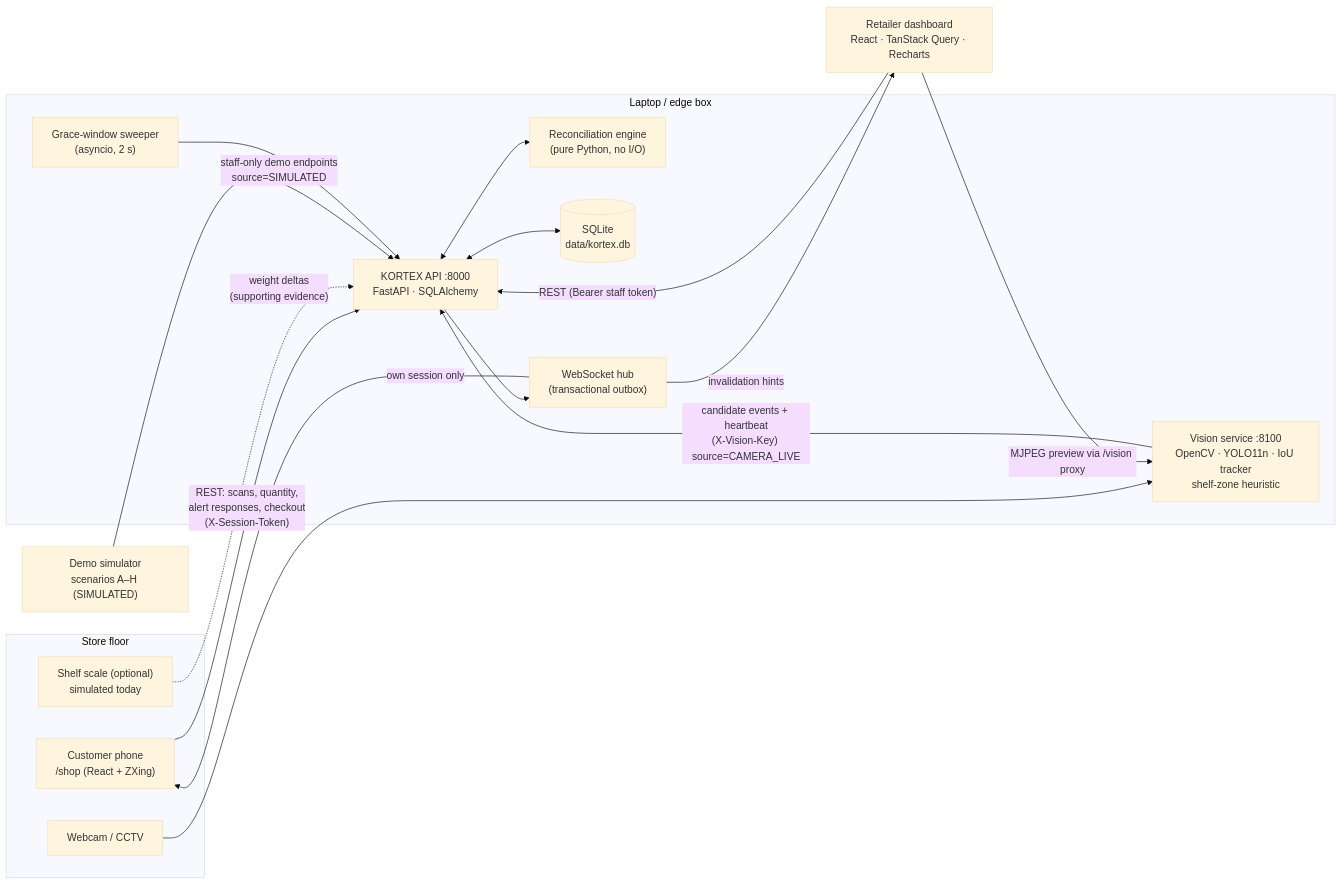
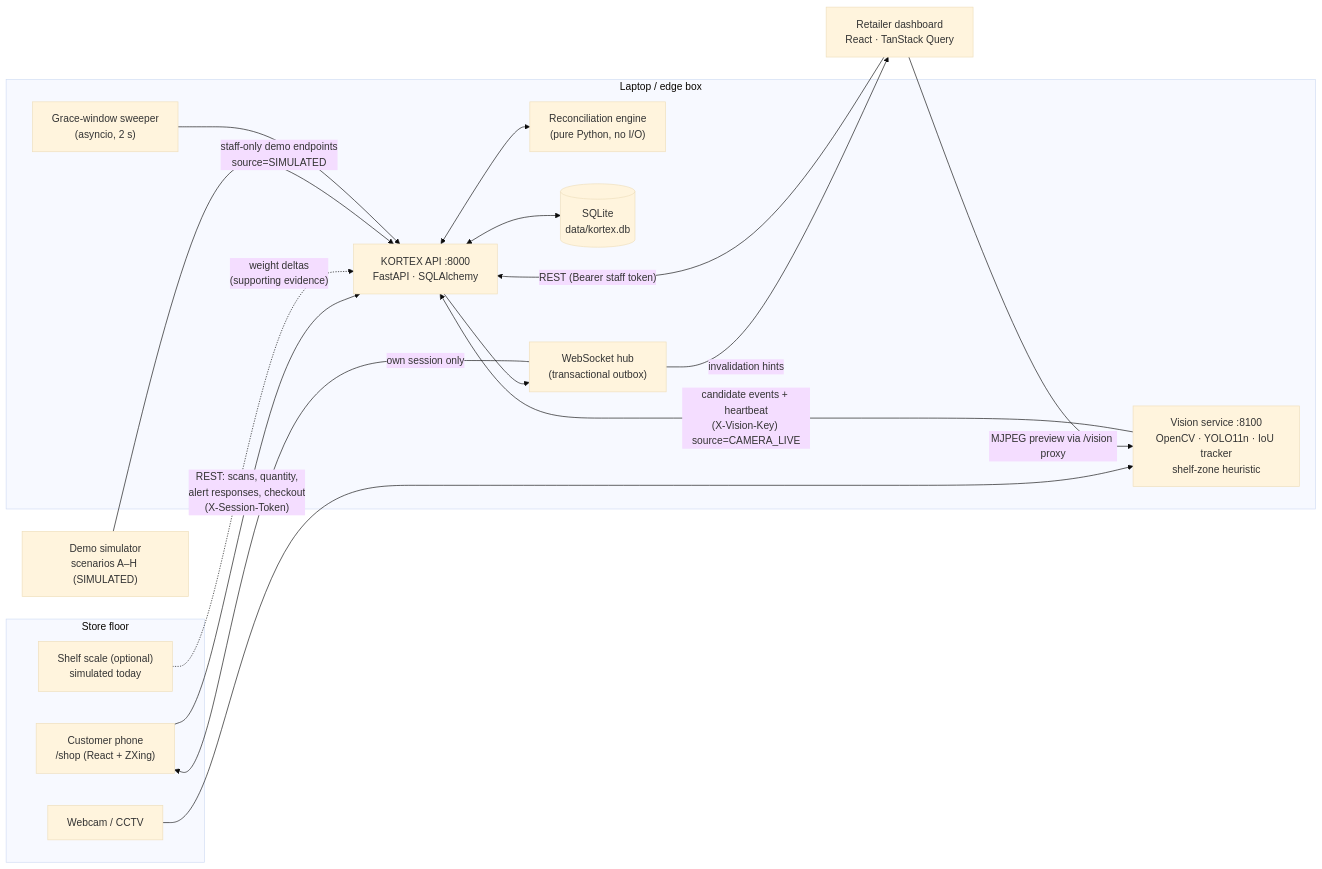
The first of 2 diagrams in docs/architecture.md (Ctrl-Joy/kortex.ai), drawn with Mermaid (base theme) before and after one commit. The commit also changed 2 other files, not shown here.

Commit message:
Document the simulated shelf, phone support and hosted failure states

````diff
--- a/docs/architecture.md
+++ b/docs/architecture.md
@@ -5,34 +5,34 @@
 ```mermaid
 flowchart LR
   subgraph Store floor
     Phone["Customer phone<br/>/shop (React + ZXing)"]
     Cam["Webcam / CCTV"]
     Scale["Shelf scale (optional)<br/>simulated today"]
   end
 
   subgraph Laptop / edge box
     Vision["Vision service :8100<br/>OpenCV · YOLO11n · IoU tracker<br/>shelf-zone heuristic"]
     API["KORTEX API :8000<br/>FastAPI · SQLAlchemy"]
     Engine["Reconciliation engine<br/>(pure Python, no I/O)"]
     DB[("SQLite<br/>data/kortex.db")]
     Sweep["Grace-window sweeper<br/>(asyncio, 2 s)"]
     Hub["WebSocket hub<br/>(transactional outbox)"]
   end
 
-  Staff["Retailer dashboard<br/>React · TanStack Query · Recharts"]
+  Staff["Retailer dashboard<br/>React · TanStack Query"]
   Sim["Demo simulator<br/>scenarios A–H (SIMULATED)"]
 
   Cam --> Vision
   Phone -- "REST: scans, quantity,<br/>alert responses, checkout<br/>(X-Session-Token)" --> API
   Vision -- "candidate events + heartbeat<br/>(X-Vision-Key) source=CAMERA_LIVE" --> API
   Scale -. "weight deltas<br/>(supporting evidence)" .-> API
   Sim -- "staff-only demo endpoints<br/>source=SIMULATED" --> API
   API <--> Engine
   API <--> DB
   Sweep --> API
   API --> Hub
   Hub -- "invalidation hints" --> Staff
   Hub -- "own session only" --> Phone
   Staff -- "REST (Bearer staff token)" --> API
   Staff -- "MJPEG preview via /vision proxy" --> Vision
 ```
````
